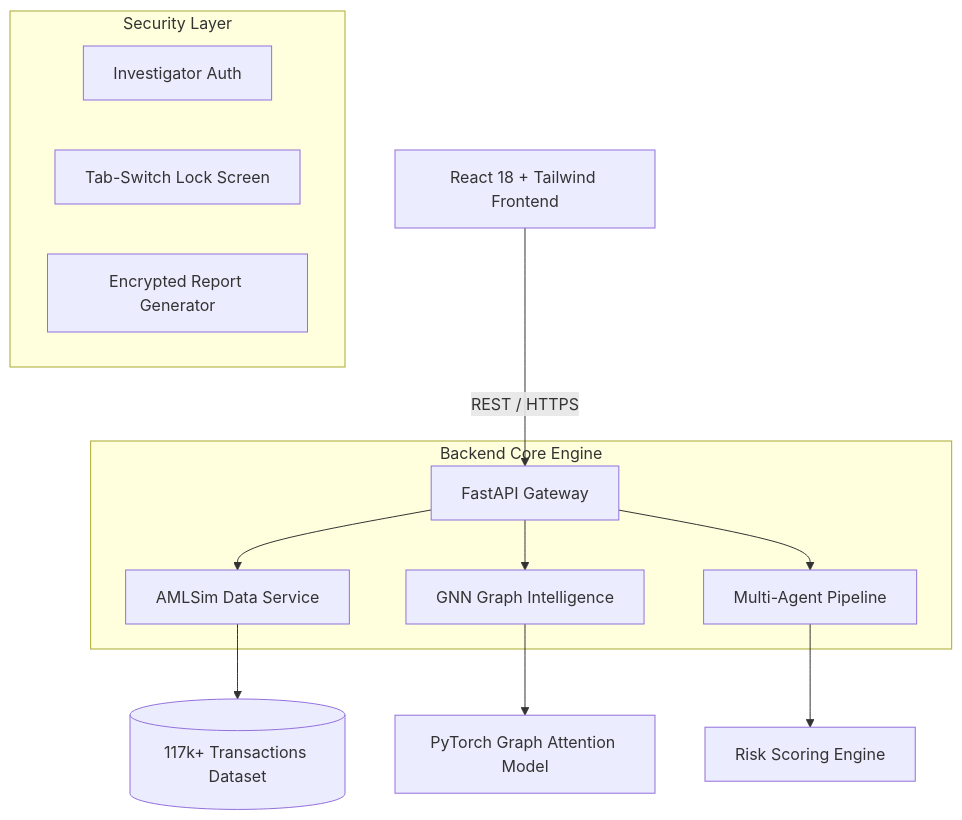
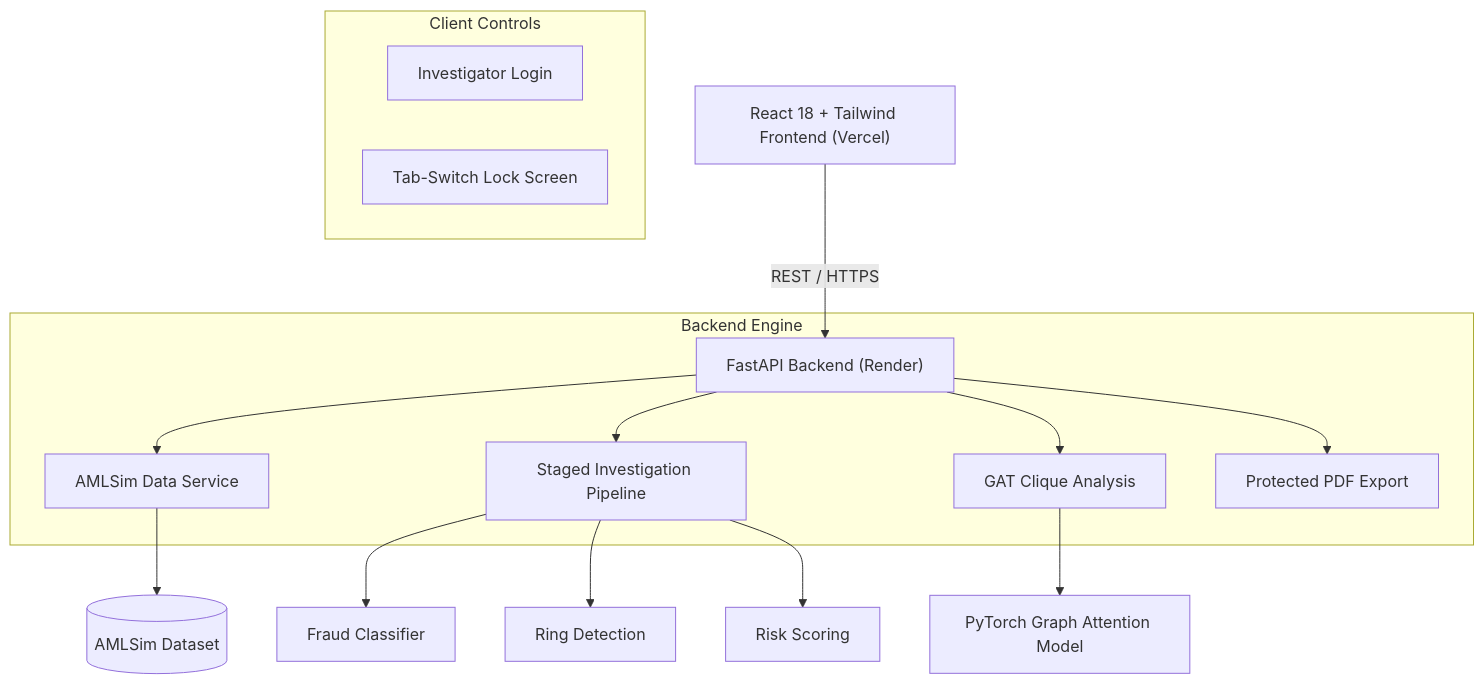
One commit to iamkr07/ringbreak-fraud-detection changed the diagram in README.md. Above: the diagram before and after it, drawn with Mermaid. The commit also changed other lines of this file, not shown here.

Commit message:
Update README for Render + Vercel deployment

````diff
--- a/README.md
+++ b/README.md
@@ -85,20 +90,22 @@
 ```mermaid
 graph TD
-    UI[React 18 + Tailwind Frontend] -->|REST / HTTPS| API[FastAPI Gateway]
+    UI["React 18 + Tailwind Frontend (Vercel)"] -->|"REST / HTTPS"| API["FastAPI Backend (Render)"]
 
-    subgraph Security Layer
-        AUTH[Investigator Auth]
-        LOCK[Tab-Switch Lock Screen]
-        PDF[Encrypted Report Generator]
+    subgraph Client Controls
+        AUTH["Investigator Login"]
+        LOCK["Tab-Switch Lock Screen"]
     end
 
-    subgraph Backend Core Engine
-        API --> AML[AMLSim Data Service]
-        API --> GNN[GNN Graph Intelligence]
-        API --> AGENT[Multi-Agent Pipeline]
+    subgraph Backend Engine
+        API --> AML["AMLSim Data Service"]
+        API --> PIPE["Staged Investigation Pipeline"]
+        API --> GNN["GAT Clique Analysis"]
+        API --> PDF["Protected PDF Export"]
     end
 
-    AML --> DATA[(117k+ Transactions Dataset)]
-    GNN --> GAT[PyTorch Graph Attention Model]
-    AGENT --> RS[Risk Scoring Engine]
+    AML --> DATA[("AMLSim Dataset")]
+    PIPE --> CLF["Fraud Classifier"]
+    PIPE --> RING["Ring Detection"]
+    PIPE --> RISK["Risk Scoring"]
+    GNN --> GAT["PyTorch Graph Attention Model"]
 ```
````
